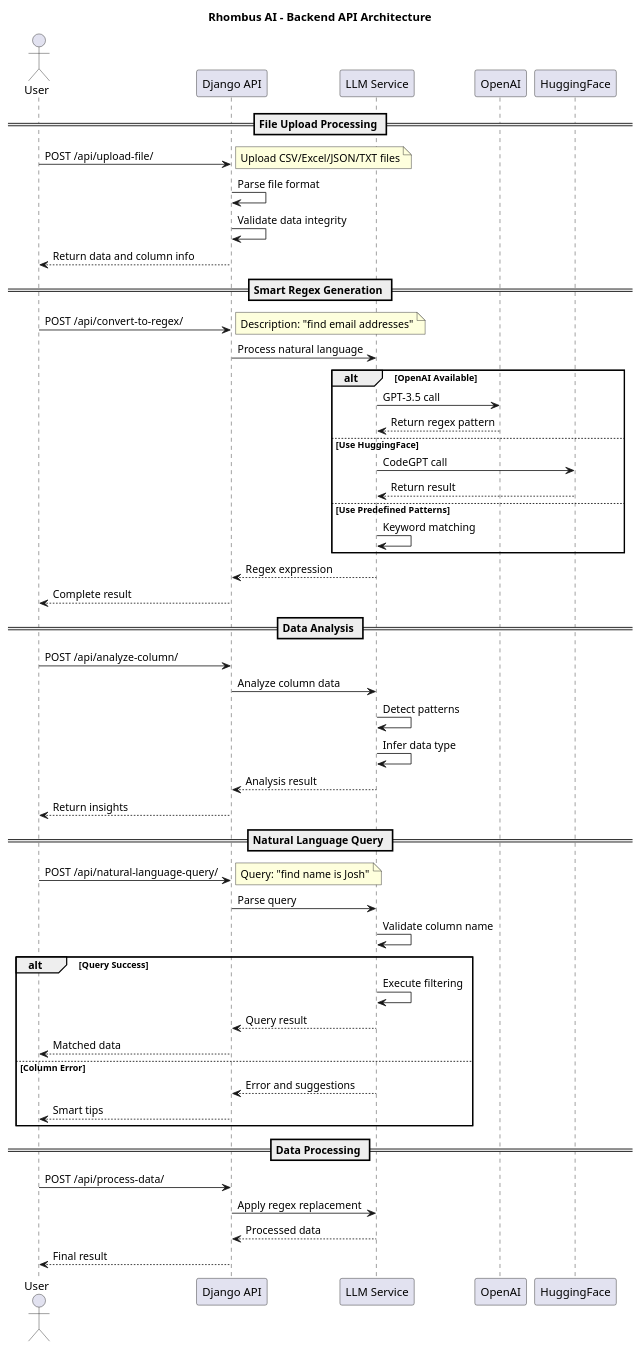
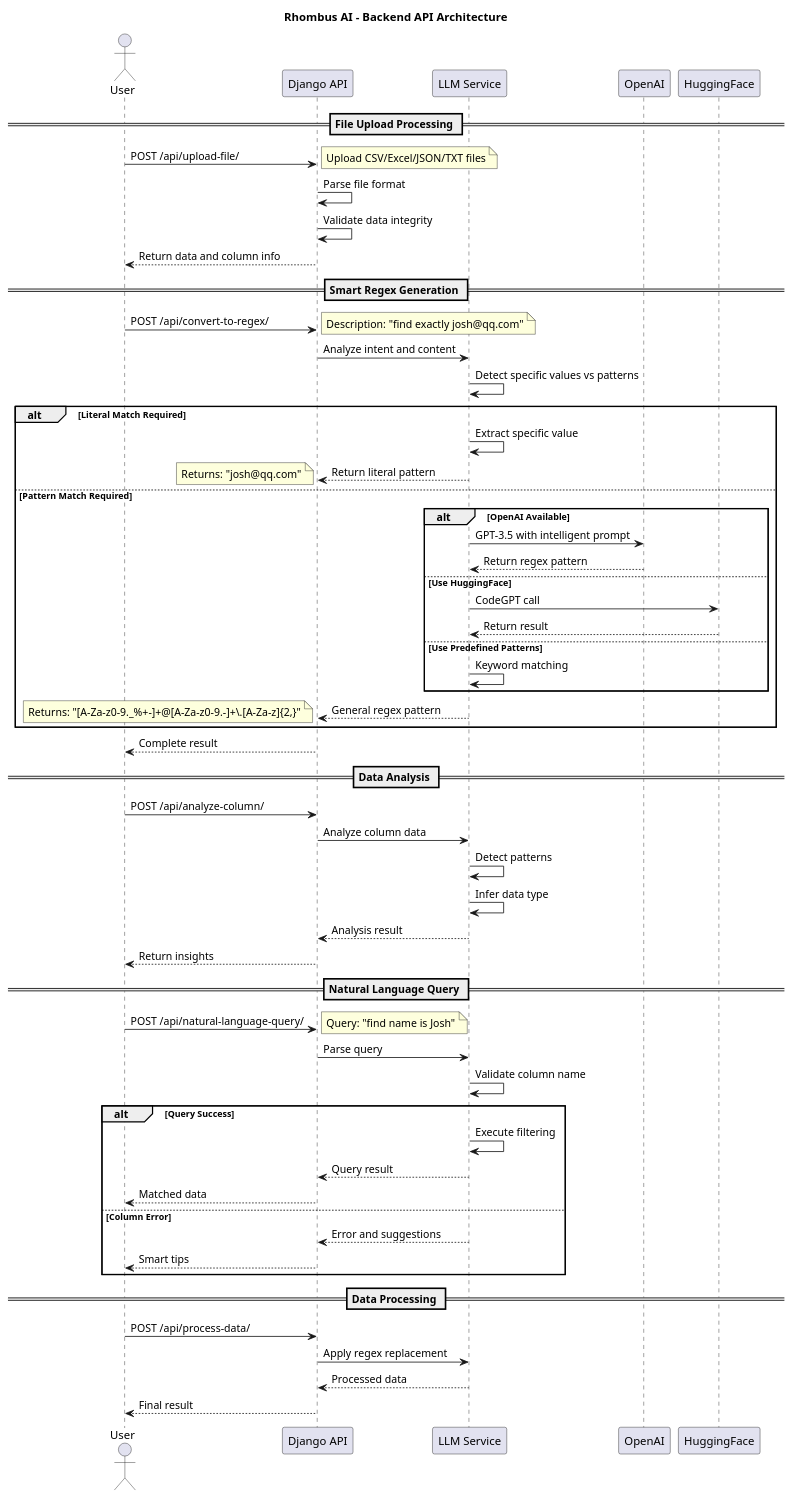
One commit to Fan111i/Rhombus_AI changed the diagram in backend/api_architecture.puml. Above: the diagram before and after it, drawn with PlantUML. The commit also changed 3 other files, not shown here.

```diff
--- a/backend/api_architecture.puml
+++ b/backend/api_architecture.puml
@@ -1,62 +1,70 @@
 @startuml
 title Rhombus AI - Backend API Architecture
 
 
 actor User as User
 participant "Django API" as API
 participant "LLM Service" as LLM
 participant "OpenAI" as OpenAI
 participant "HuggingFace" as HF
 
 == File Upload Processing ==
 User -> API: POST /api/upload-file/
 note right: Upload CSV/Excel/JSON/TXT files
 API -> API: Parse file format
 API -> API: Validate data integrity
 API --> User: Return data and column info
 
 == Smart Regex Generation ==
 User -> API: POST /api/convert-to-regex/
-note right: Description: "find email addresses"
-API -> LLM: Process natural language
-alt OpenAI Available
-    LLM -> OpenAI: GPT-3.5 call
-    OpenAI --> LLM: Return regex pattern
-else Use HuggingFace
-    LLM -> HF: CodeGPT call
-    HF --> LLM: Return result
-else Use Predefined Patterns
-    LLM -> LLM: Keyword matching
+note right: Description: "find exactly josh@qq.com"
+API -> LLM: Analyze intent and content
+LLM -> LLM: Detect specific values vs patterns
+alt Literal Match Required
+    LLM -> LLM: Extract specific value
+    LLM --> API: Return literal pattern
+    note left: Returns: "josh@qq.com"
+else Pattern Match Required
+    alt OpenAI Available
+        LLM -> OpenAI: GPT-3.5 with intelligent prompt
+        OpenAI --> LLM: Return regex pattern
+    else Use HuggingFace
+        LLM -> HF: CodeGPT call
+        HF --> LLM: Return result
+    else Use Predefined Patterns
+        LLM -> LLM: Keyword matching
+    end
+    LLM --> API: General regex pattern
+    note left: Returns: "[A-Za-z0-9._%+-]+@[A-Za-z0-9.-]+\\.[A-Za-z]{2,}"
 end
-LLM --> API: Regex expression
 API --> User: Complete result
 
 == Data Analysis ==
 User -> API: POST /api/analyze-column/
 API -> LLM: Analyze column data
 LLM -> LLM: Detect patterns
 LLM -> LLM: Infer data type
 LLM --> API: Analysis result
 API --> User: Return insights
 
 == Natural Language Query ==
 User -> API: POST /api/natural-language-query/
 note right: Query: "find name is Josh"
 API -> LLM: Parse query
 LLM -> LLM: Validate column name
 alt Query Success
     LLM -> LLM: Execute filtering
     LLM --> API: Query result
     API --> User: Matched data
 else Column Error
     LLM --> API: Error and suggestions
     API --> User: Smart tips
 end
 
 == Data Processing ==
 User -> API: POST /api/process-data/
 API -> LLM: Apply regex replacement
 LLM --> API: Processed data
 API --> User: Final result
 
 @enduml
```
